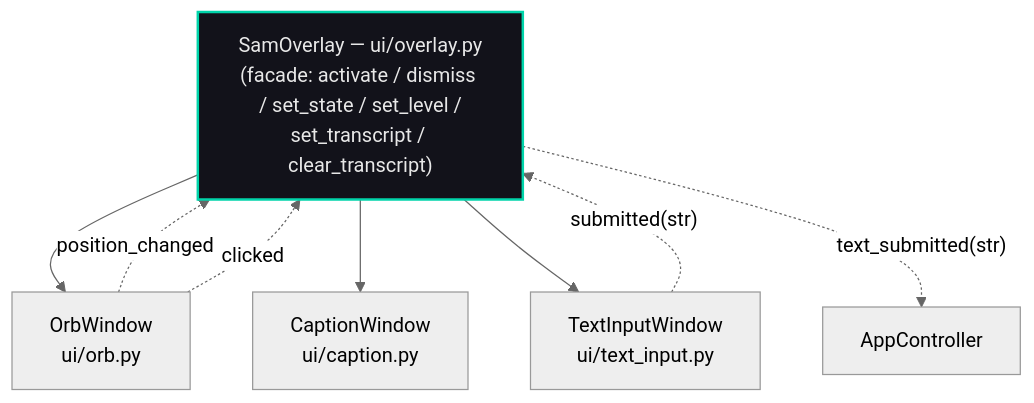
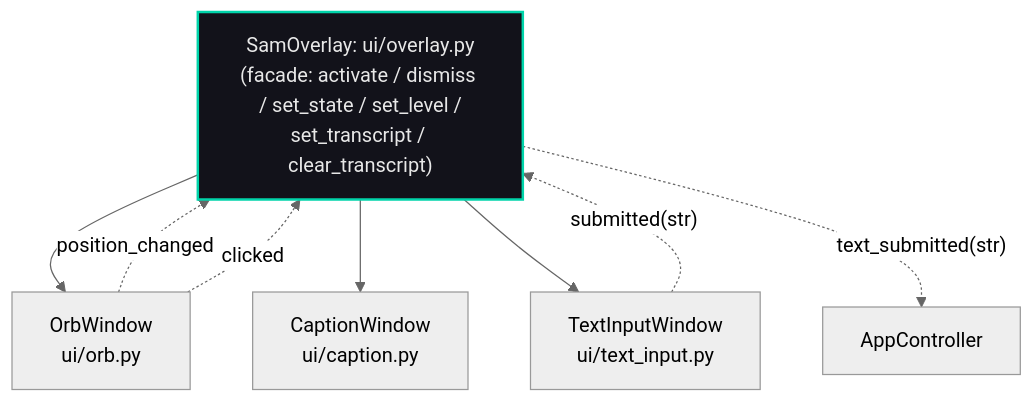
One commit to sametgurtuna/SAM changed the fifth of 10 diagrams in docs/ARCHITECTURE.md. Above: the diagram before and after it, drawn with Mermaid (neutral theme). The commit also changed other lines of this file and 21 other files, not shown here.

````diff
--- a/docs/ARCHITECTURE.md
+++ b/docs/ARCHITECTURE.md
@@ -180,14 +174,14 @@
 ```mermaid
 flowchart TB
-    OV["SamOverlay — ui/overlay.py\n(facade: activate / dismiss / set_state / set_level /\nset_transcript / clear_transcript)"]
+    OV["SamOverlay: ui/overlay.py\n(facade: activate / dismiss / set_state / set_level /\nset_transcript / clear_transcript)"]
     OV --> ORB["OrbWindow\nui/orb.py"]
     OV --> CAP["CaptionWindow\nui/caption.py"]
     OV --> INP["TextInputWindow\nui/text_input.py"]
 
     ORB -. "position_changed" .-> OV
     ORB -. "clicked" .-> OV
     INP -. "submitted(str)" .-> OV
     OV -. "text_submitted(str)" .-> AC["AppController"]
 
     style OV fill:#12121a,stroke:#00D4AA,stroke-width:2px,color:#e8e8e8
 ```
````
